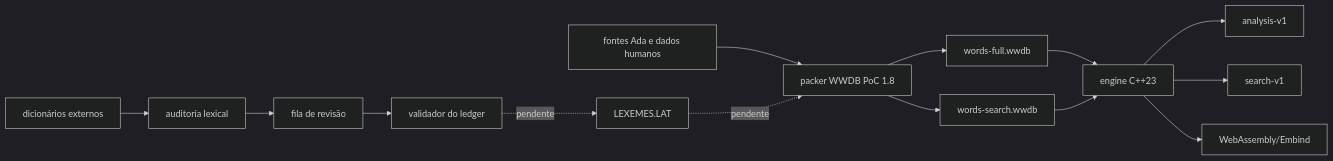
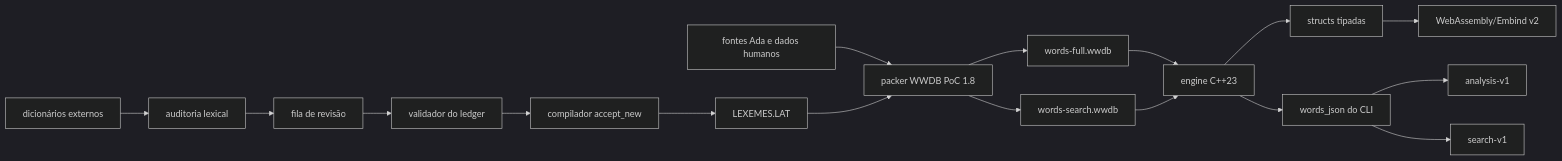
The diagram in whitakers-words/docs/estado-implementacao.md (Fabio3rs/WordsWASM), drawn with Mermaid (dark theme) before and after one commit. The commit also changed other lines of this file and 24 other files, not shown here.

Commit message:
Refatoração JSON e search

````diff
--- a/whitakers-words/docs/estado-implementacao.md
+++ b/whitakers-words/docs/estado-implementacao.md
@@ -34,17 +35,20 @@
 ```mermaid
 flowchart LR
     A[fontes Ada e dados humanos] --> P[packer WWDB PoC 1.8]
     P --> F[words-full.wwdb]
     P --> SDB[words-search.wwdb]
     F --> E[engine C++23]
     SDB --> E
-    E --> J1[analysis-v1]
-    E --> J2[search-v1]
-    E --> W[WebAssembly/Embind]
+    E --> T[structs tipadas]
+    T --> W[WebAssembly/Embind v2]
+    E --> PJ[words_json do CLI]
+    PJ --> J1[analysis-v1]
+    PJ --> J2[search-v1]
 
     X[dicionários externos] --> AU[auditoria lexical]
     AU --> Q[fila de revisão]
     Q --> V[validador do ledger]
-    V -. pendente .-> L[LEXEMES.LAT]
-    L -. pendente .-> P
+    V --> C[compilador accept_new]
+    C --> L[LEXEMES.LAT]
+    L --> P
 ```
````
